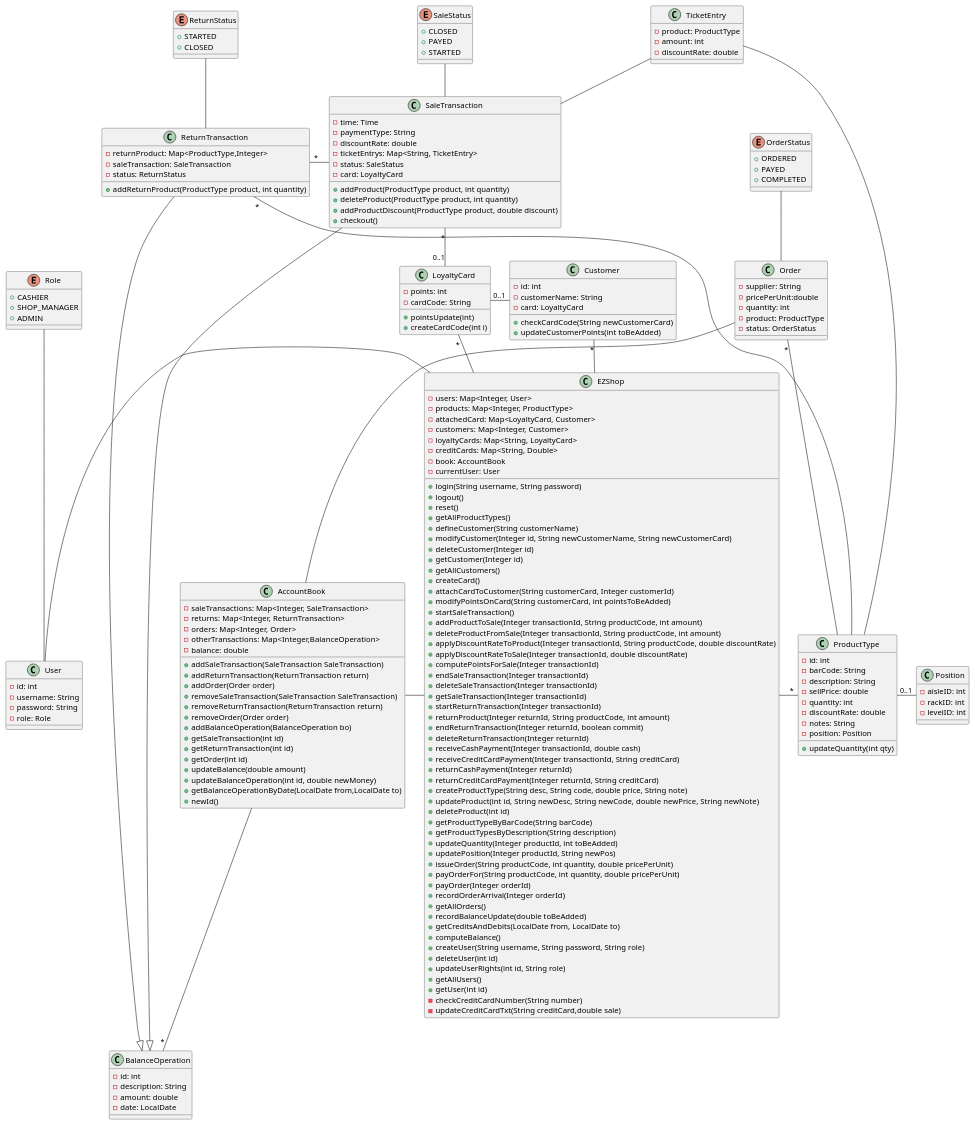
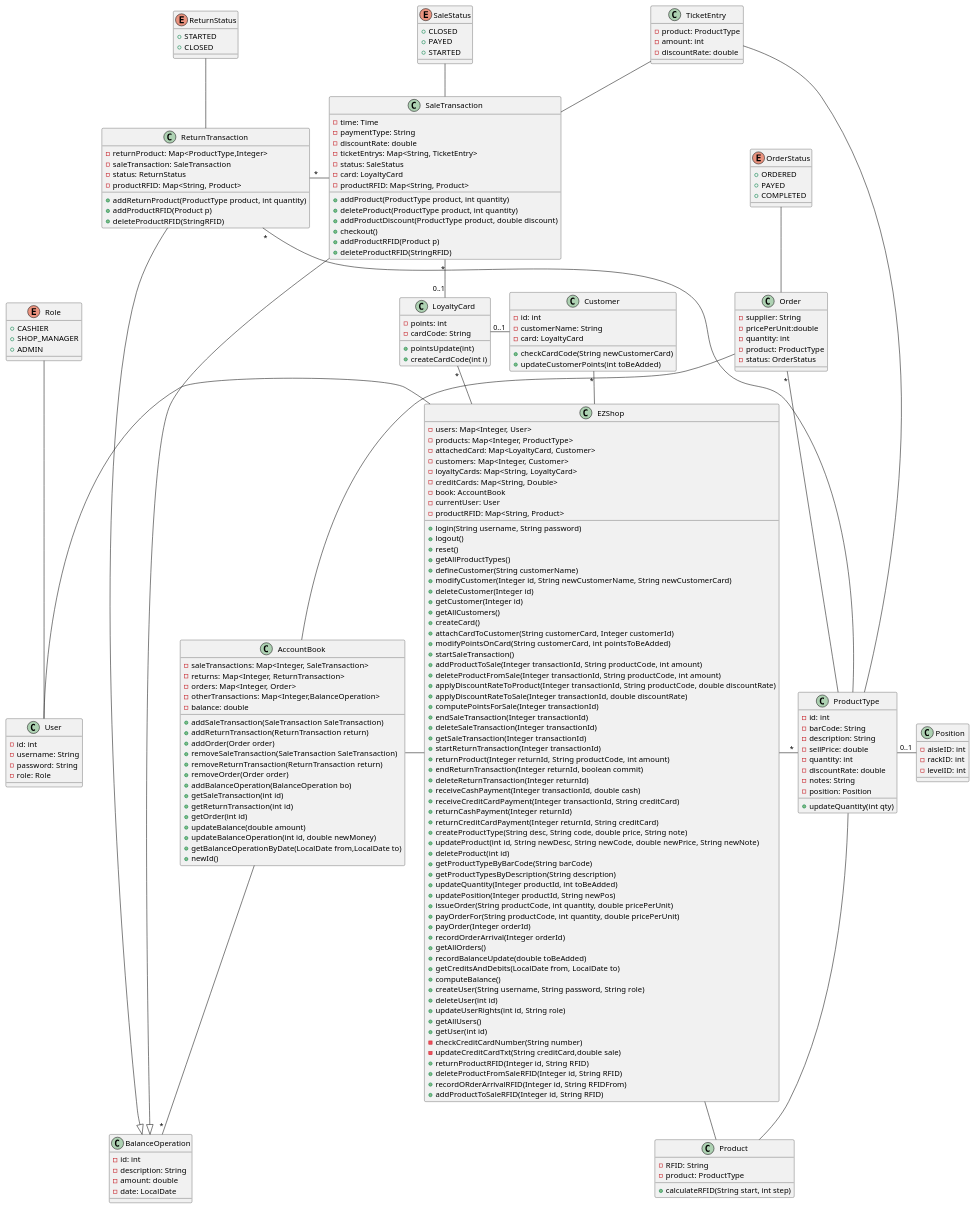
One commit to BMike10/EzShop changed the second of 12 diagrams in Deliverables/DesignDocument.md. Above: the diagram before and after it, drawn with PlantUML. The commit also changed 2 other files, not shown here.

Commit message:
doc: updated documents

````diff
--- a/Deliverables/DesignDocument.md
+++ b/Deliverables/DesignDocument.md
@@ -52,6 +52,7 @@
     - creditCards: Map<String, Double>
     - book: AccountBook 
     - currentUser: User 
+    - productRFID: Map<String, Product>
     ' methods
     + login(String username, String password)
     + logout()
@@ -105,6 +106,10 @@
     + getUser(int id)
     - checkCreditCardNumber(String number)
     - updateCreditCardTxt(String creditCard,double sale)
+    + returnProductRFID(Integer id, String RFID)
+    + deleteProductFromSaleRFID(Integer id, String RFID)
+    + recordORderArrivalRFID(Integer id, String RFIDFrom)
+    + addProductToSaleRFID(Integer id, String RFID)
 }
 class User{
     - id: int 
@@ -177,10 +182,13 @@
     - ticketEntrys: Map<String, TicketEntry> 
     - status: SaleStatus
     - card: LoyaltyCard 
+    - productRFID: Map<String, Product>
     + addProduct(ProductType product, int quantity)
     + deleteProduct(ProductType product, int quantity)
     + addProductDiscount(ProductType product, double discount)
     + checkout() 
+    + addProductRFID(Product p)
+    + deleteProductRFID(StringRFID)
 
 }
 
@@ -245,7 +253,10 @@
   - returnProduct: Map<ProductType,Integer>
   - saleTransaction: SaleTransaction
   - status: ReturnStatus
+  - productRFID: Map<String, Product>
   + addReturnProduct(ProductType product, int quantity)
+  + addProductRFID(Product p)
+  + deleteProductRFID(StringRFID)
 
 }
 
@@ -268,5 +279,13 @@
 
 TicketEntry -- ProductType
 TicketEntry -- SaleTransaction
+
+class Product{
+    - RFID: String
+    - product: ProductType
+    + calculateRFID(String start, int step)
+}
+ProductType -- Product
+EZShop -- Product
 @enduml
 ```
````
